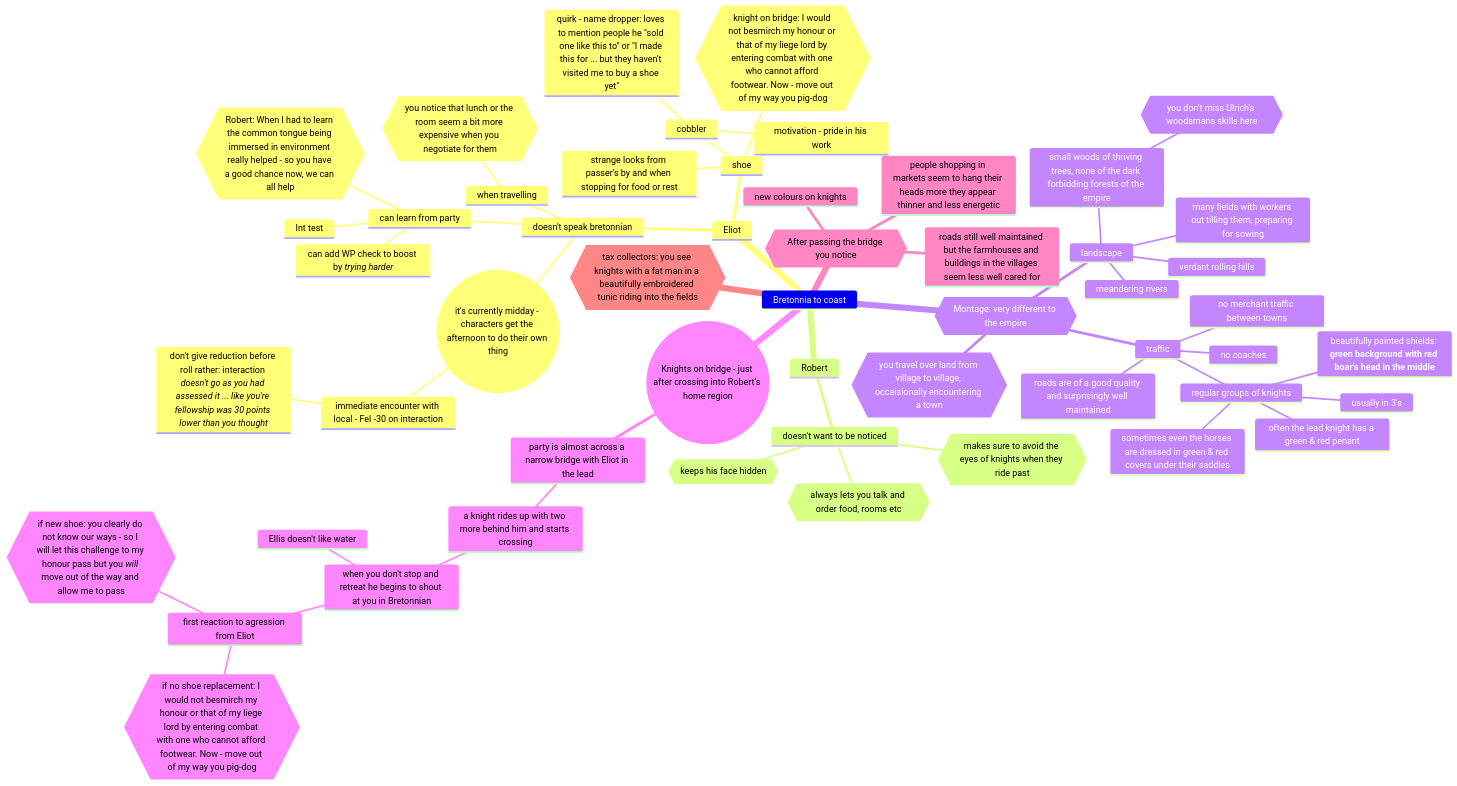
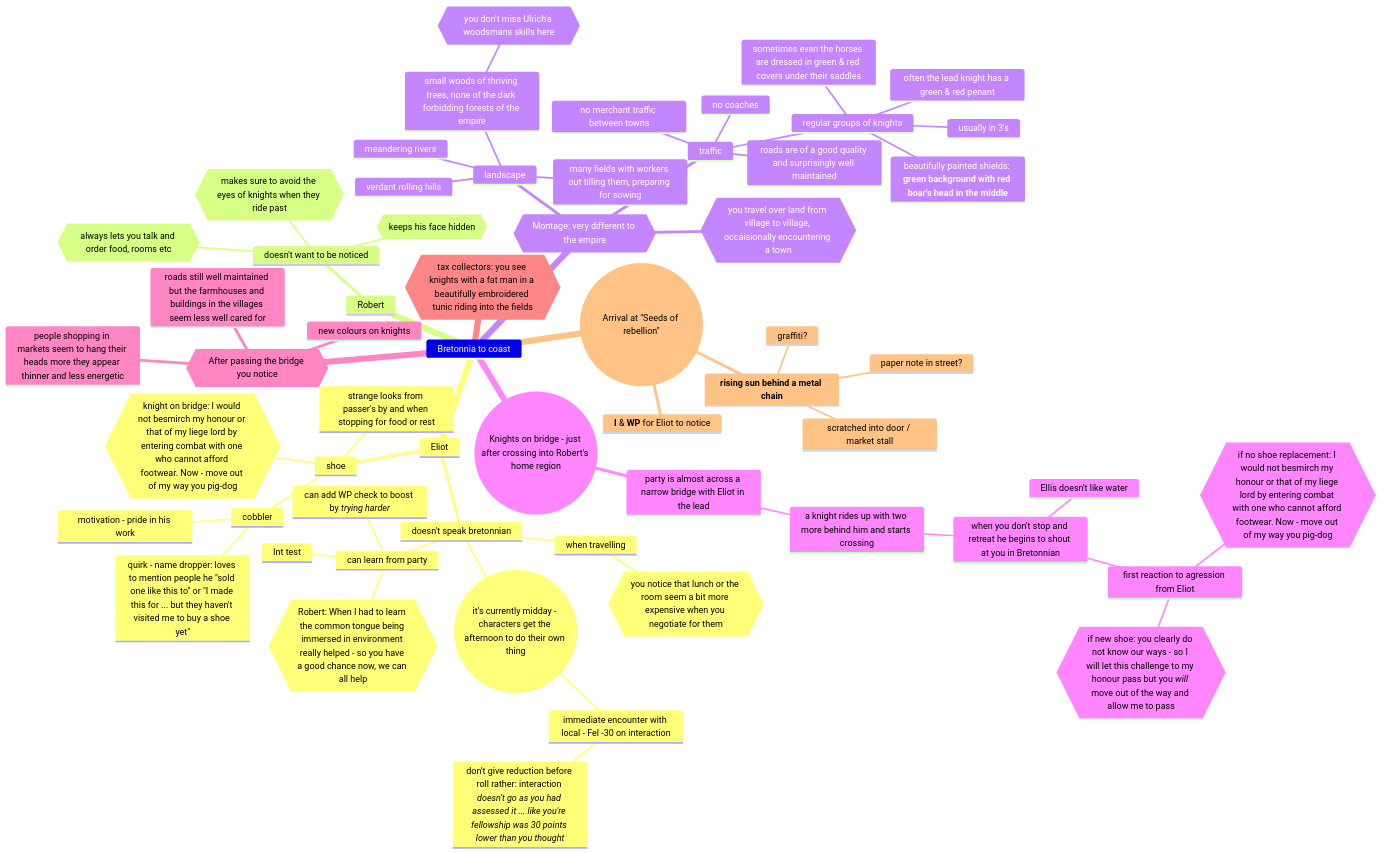
One commit to MusicalNinjaDad/warhammer changed the second of 2 diagrams in Act4_Clear_Skaven_from_Marienburg/Episode1_Northern_Bretonnia/WIP.md. Above: the diagram before and after it, drawn with Mermaid. The commit also changed other lines of this file, not shown here.

Commit message:
polish, fmt

````diff
--- a/Act4_Clear_Skaven_from_Marienburg/Episode1_Northern_Bretonnia/WIP.md
+++ b/Act4_Clear_Skaven_from_Marienburg/Episode1_Northern_Bretonnia/WIP.md
@@ -27,56 +27,62 @@
 ```mermaid
 mindmap
   Bretonnia to coast
     Eliot
       doesn't speak bretonnian
         ((it's currently midday - characters get the afternoon to do their own thing))
           immediate encounter with local - Fel -30 on interaction
             don't give reduction before roll rather: interaction _doesn't go as you had assessed it ... like you're fellowship was 30 points lower than you thought_
         when travelling
           {{you notice that lunch or the room seem a bit more expensive when you negotiate for them}}
         can learn from party
           Int test
           {{Robert: When I had to learn the common tongue being immersed in environment really helped - so you have a good chance now, we can all help}}
           can add WP check to boost by _trying harder_
       shoe
         strange looks from passer's by and when stopping for food or rest
         {{knight on bridge: I would not besmirch my honour or that of my liege lord by entering combat with one who cannot afford footwear. Now - move out of my way you pig-dog}}
         cobbler
           motivation - pride in his work
           quirk - name dropper: loves to mention people he "sold one like this to" or "I made this for ... but they haven't visited me to buy a shoe yet"
     Robert
       doesn't want to be noticed
         {{keeps his face hidden}}
         {{always lets you talk and order food, rooms etc}}
         {{makes sure to avoid the eyes of knights when they ride past}}
     {{Montage: very different to the empire}}
       {{you travel over land from village to village, occaisionally encountering a town}}
       landscape
         verdant rolling hills
         meandering rivers
         small woods of thriving trees, none of the dark forbidding forests of the empire
           {{you don't miss Ulrich's woodsmans skills here}}
         many fields with workers out tilling them, preparing for sowing
       traffic
         roads are of a good quality and surprisingly well maintained
         no merchant traffic between towns
         regular groups of knights
           usually in 3's
           beautifully painted shields: **green background with red boar's head in the middle**
           often the lead knight has a green & red penant
           sometimes even the horses are dressed in green & red covers under their saddles
         no coaches
     ((Knights on bridge - just after crossing into Robert's home region))
       party is almost across a narrow bridge with Eliot in the lead
         a knight rides up with two more behind him and starts crossing
           when you don't stop and retreat he begins to shout at you in Bretonnian
             first reaction to agression from Eliot
               {{if no shoe replacement: I would not besmirch my honour or that of my liege lord by entering combat with one who cannot afford footwear. Now - move out of my way you pig-dog}}
               {{if new shoe: you clearly do not know our ways - so I will let this challenge to my honour pass but you _will_ move out of the way and allow me to pass}}
             Ellis doesn't like water
     {{After passing the bridge you notice}}
       new colours on knights
       roads still well maintained but the farmhouses and buildings in the villages seem less well cared for
       people shopping in markets seem to hang their heads more they appear thinner and less energetic
     {{tax collectors: you see knights with a fat man in a beautifully embroidered tunic riding into the fields}}
+    ((Arrival at "Seeds of rebellion"))
+      **rising sun behind a metal chain**
+        graffiti?
+        paper note in street?
+        scratched into door / market stall
+      **I** & **WP** for Eliot to notice
 ```
````
